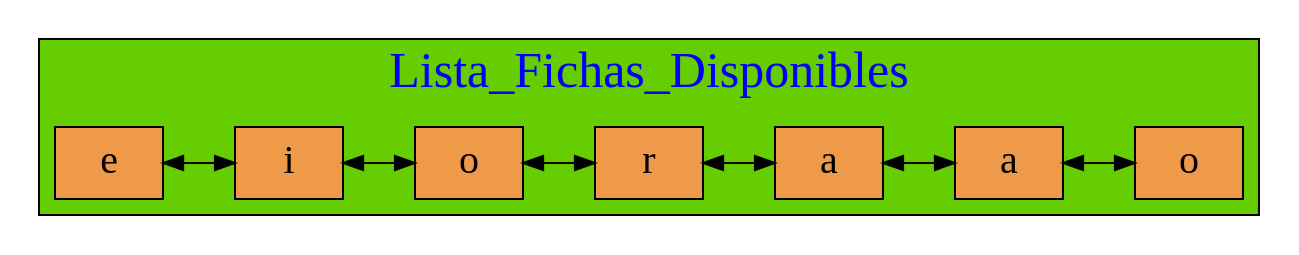
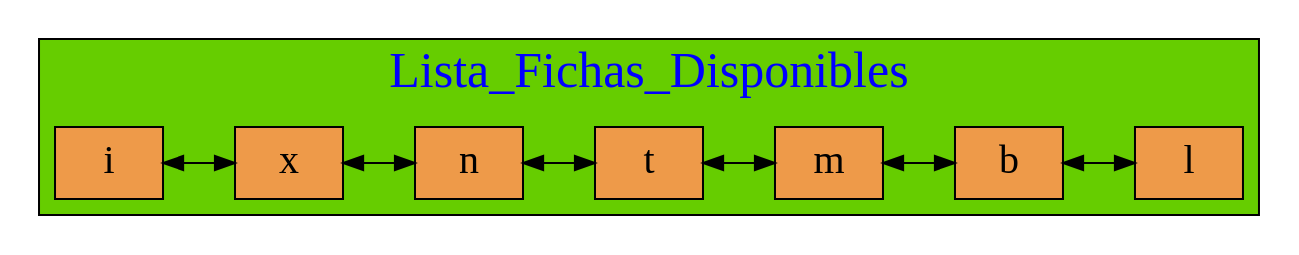
The diagram in Graficas/LD_Fichas_Jugador.dot (mariotun/EDD_1S2020_PY1_201602942), drawn with Graphviz before and after one commit. The commit also changed 20 other files, not shown here.

```diff
--- a/Graficas/LD_Fichas_Jugador.dot
+++ b/Graficas/LD_Fichas_Jugador.dot
@@ -1,35 +1,35 @@
 digraph Lista_Doble{
 
 graph[ranksep= "0.5",nodesep= "0.5"];
 node[fontcolor=black shape=box style=filled fillcolor=tan2 fontsize=20];
 
 subgraph cluster_1 {
 
 fontname=algerian
 fontsize=25;
 label="Lista_Fichas_Disponibles";
 fontcolor=blue
 style=filled
 fillcolor=chartreuse3
 labelloc=t;{rank=same;
-25770483472[label=" e"];
-25770483392[label=" i"];
-25770483312[label=" o"];
-25770483232[label=" r"];
-25770483152[label=" a"];
-25770483072[label=" a"];
-25770482992[label=" o"];
+25770509504[label=" i"];
+25770509536[label=" x"];
+25770509568[label=" n"];
+25770509600[label=" t"];
+25770509632[label=" m"];
+25770509664[label=" b"];
+25770509696[label=" l"];
 };
 
-25770483472->
-25770483392->
-25770483312->
-25770483232->
-25770483152->
-25770483072->
-25770482992
+25770509504->
+25770509536->
+25770509568->
+25770509600->
+25770509632->
+25770509664->
+25770509696
 [dir=both  color=black];
 
  }
 
 }
```
